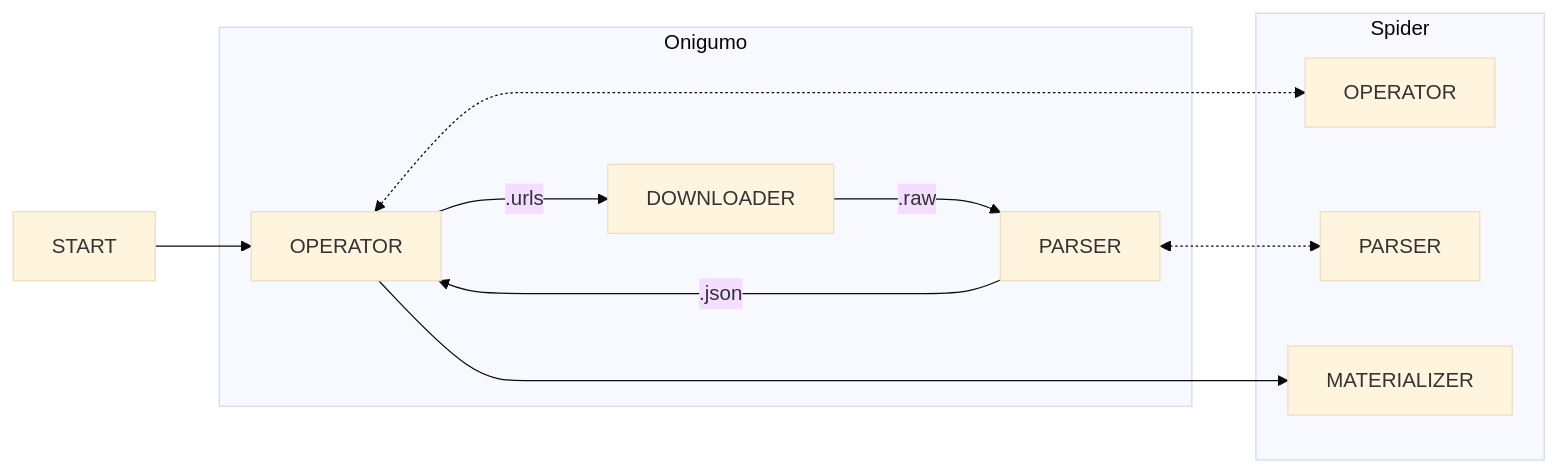
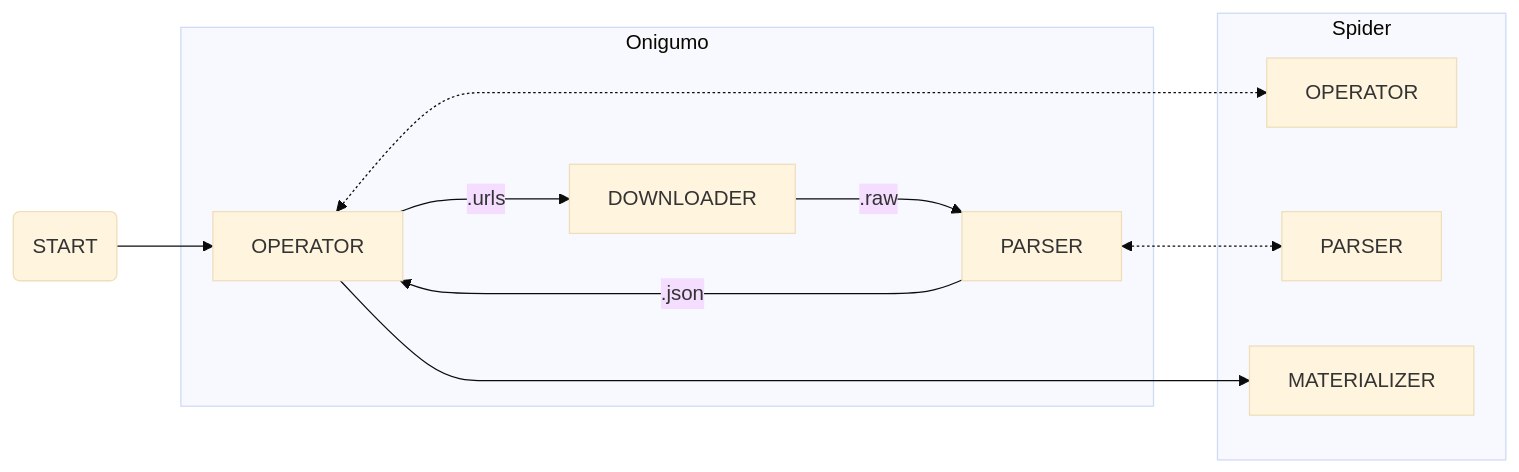
The diagram in README.md (Glutexo/onigumo), drawn with Mermaid (base theme) before and after one commit.

Commit message:
Make the start bubble round again
I accidentally made the start point rectangular. It was part of my
last patch that changed the component boxes’ shape. I am making the
shape of this virtual item round again.

````diff
--- a/README.md
+++ b/README.md
@@ -17,24 +17,24 @@
 ```mermaid
 flowchart LR
-    START                      -->         onigumo_operator[OPERATOR]
+    start(START)               -->         onigumo_operator[OPERATOR]
     onigumo_operator   -- <hash>.urls ---> onigumo_downloader[DOWNLOADER]
     onigumo_downloader -- <hash>.raw  ---> onigumo_parser[PARSER]
     onigumo_parser     -- <hash>.json ---> onigumo_operator
 	
 	onigumo_operator          <-.->        spider_operator[OPERATOR]
 	onigumo_parser            <-.->        spider_parser[PARSER]
 
     onigumo_operator           -->         spider_materialization[MATERIALIZER]
 	
 	subgraph Onigumo
 	    onigumo_operator
 		onigumo_downloader
 		onigumo_parser
 	end
 
     subgraph Spider
        spider_operator
        spider_parser
        spider_materialization
     end
 ```
````
